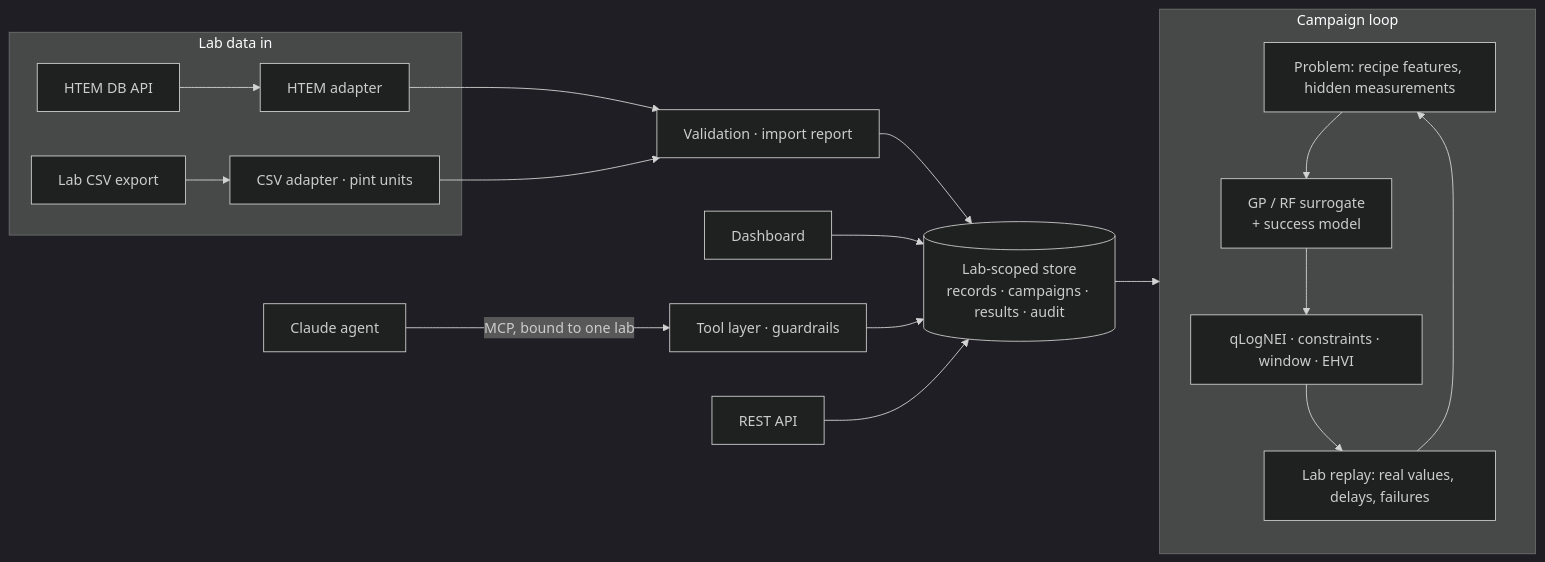
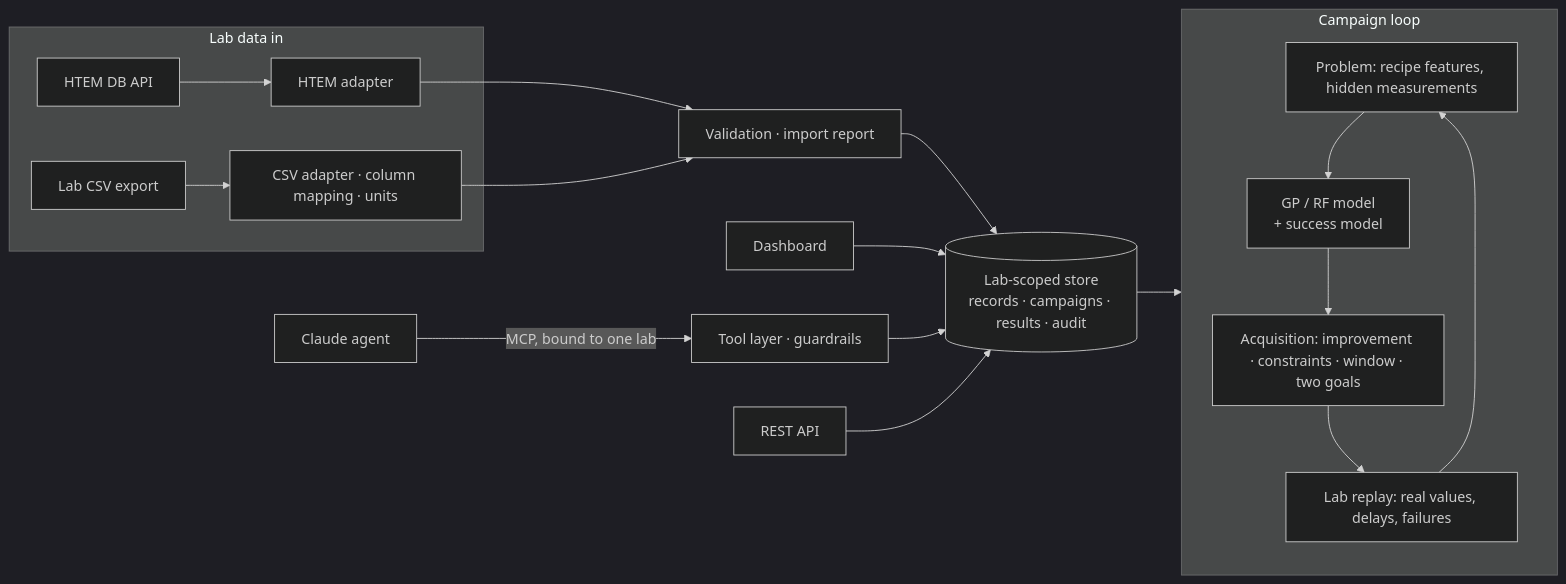
One commit to anushajain2/lodestone changed the diagram in README.md. Above: the diagram before and after it, drawn with Mermaid (dark theme). The commit also changed other lines of this file, not shown here.

````diff
--- a/README.md
+++ b/README.md
@@ -51,20 +131,20 @@
 ```mermaid
 flowchart LR
   subgraph In[Lab data in]
     H[HTEM DB API] --> HA[HTEM adapter]
-    C[Lab CSV export] --> CA[CSV adapter · pint units]
+    C[Lab CSV export] --> CA[CSV adapter · column mapping · units]
   end
   HA --> V[Validation · import report]
   CA --> V
   V --> ST[(Lab-scoped store<br/>records · campaigns · results · audit)]
   subgraph Loop[Campaign loop]
-    P[Problem: recipe features, hidden measurements] --> M[GP / RF surrogate<br/>+ success model]
-    M --> A[qLogNEI · constraints · window · EHVI]
+    P[Problem: recipe features, hidden measurements] --> M[GP / RF model<br/>+ success model]
+    M --> A[Acquisition: improvement · constraints · window · two goals]
     A --> R[Lab replay: real values, delays, failures]
     R --> P
   end
   ST --> Loop
   D[Dashboard] --> ST
   AG[Claude agent] -->|MCP, bound to one lab| T[Tool layer · guardrails] --> ST
   API[REST API] --> ST
 ```
````
